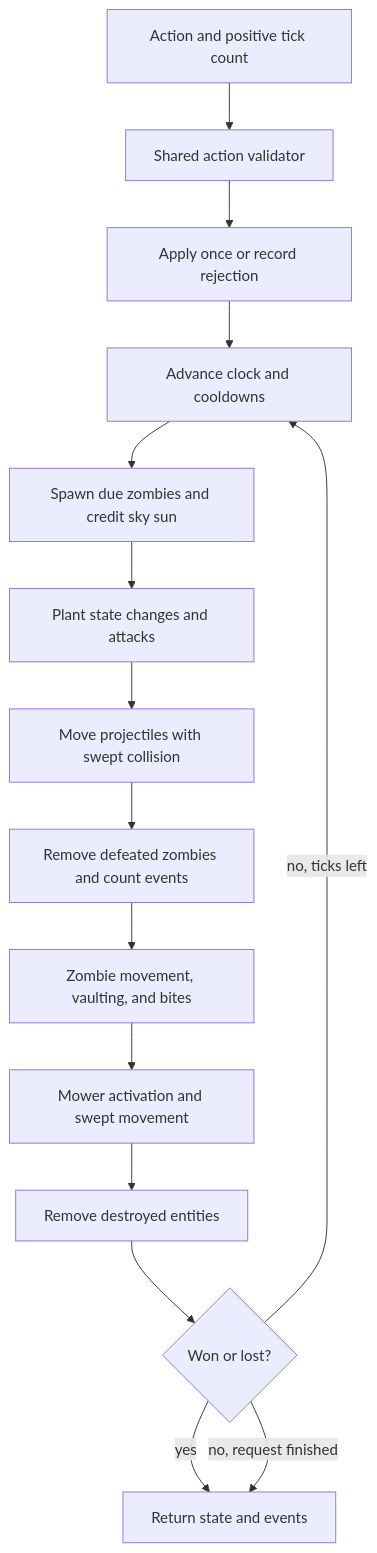
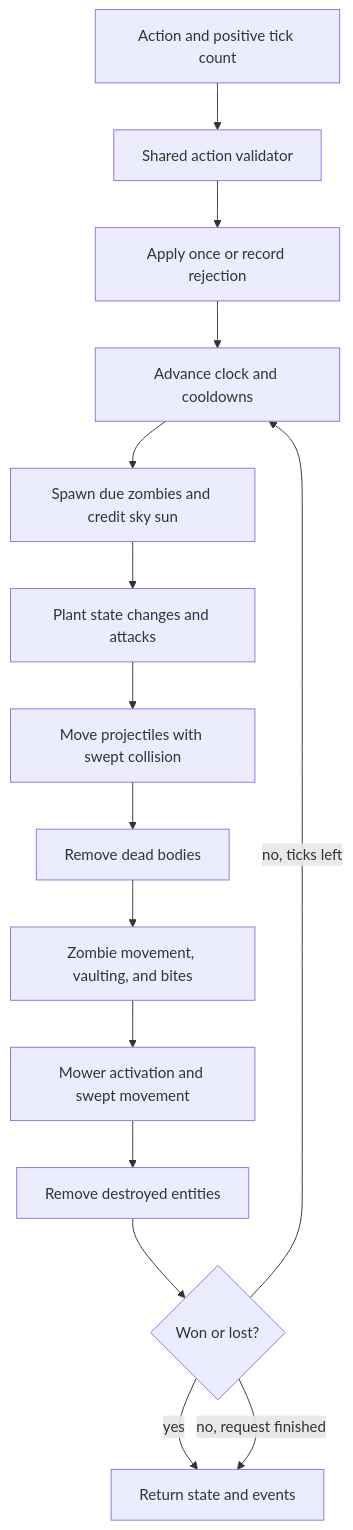
One commit to Comb1e/pvz-cuda-work changed the fourth of 9 diagrams in docs/architecture.md. Above: the diagram before and after it, drawn with Mermaid. The commit also changed other lines of this file and 29 other files, not shown here.

````diff
--- a/docs/architecture.md
+++ b/docs/architecture.md
@@ -121,17 +121,17 @@
 ```mermaid
 flowchart TD
     Request[Action and positive tick count] --> Check[Shared action validator]
     Check --> Apply[Apply once or record rejection]
     Apply --> Clock[Advance clock and cooldowns]
     Clock --> Spawn[Spawn due zombies and credit sky sun]
     Spawn --> Plants[Plant state changes and attacks]
     Plants --> Peas[Move projectiles with swept collision]
-    Peas --> Deaths[Remove defeated zombies and count events]
+    Peas --> Deaths[Remove dead bodies]
     Deaths --> Zombies[Zombie movement, vaulting, and bites]
     Zombies --> Mowers[Mower activation and swept movement]
     Mowers --> Cleanup[Remove destroyed entities]
     Cleanup --> End{Won or lost?}
     End -->|yes| Export[Return state and events]
     End -->|no, ticks left| Clock
     End -->|no, request finished| Export
 ```
````
